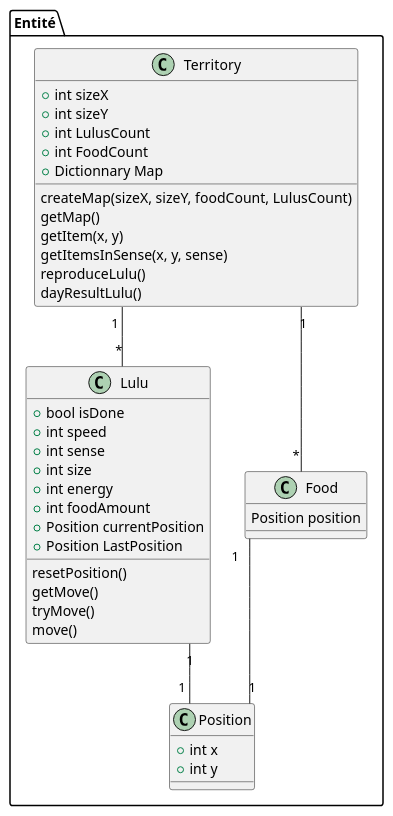
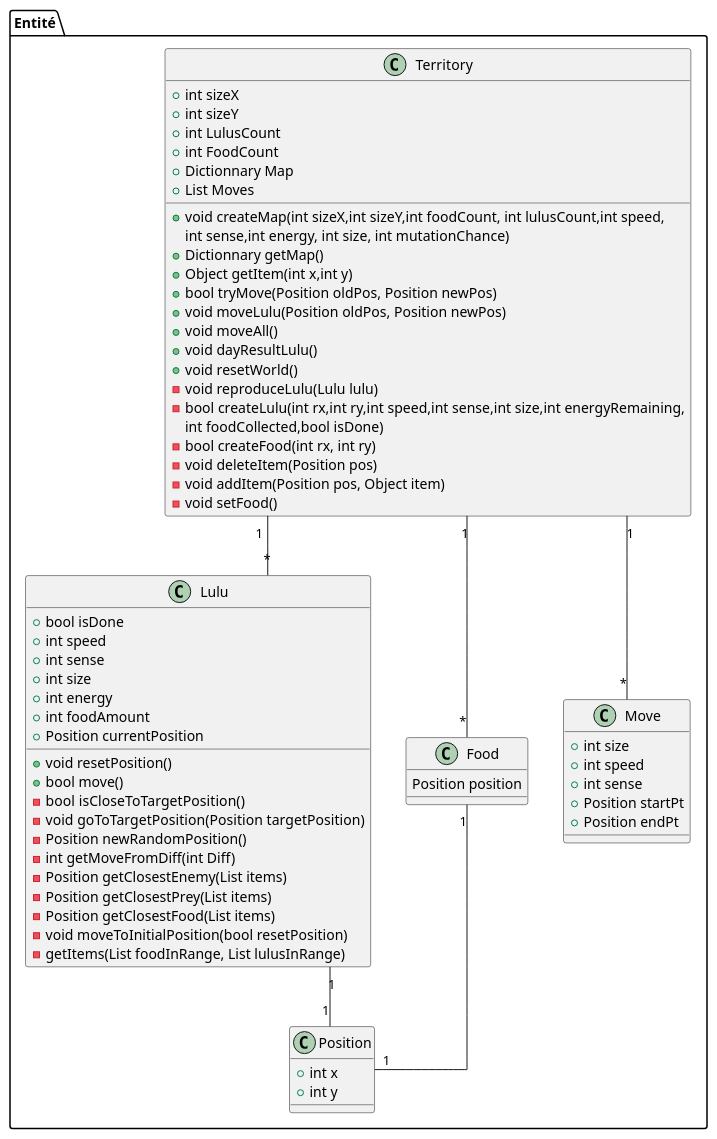
One commit to SamuelGuerin/GrandsProphetes changed the diagram in Documentation/Analyse/details.md. Above: the diagram before and after it, drawn with PlantUML. The commit also changed 2 other files, not shown here.

Commit message:
Révision de l'analyse du projet

````diff
--- a/Documentation/Analyse/details.md
+++ b/Documentation/Analyse/details.md
@@ -3,54 +3,79 @@
 ```plantuml
 @startuml
 top to bottom direction
 skinparam linetype ortho
 package Entité {
     class "Lulu" as lulu {
         + bool isDone
         + int speed
         + int sense
         + int size
         + int energy
         + int foodAmount
         + Position currentPosition
-        + Position LastPosition
 
-        resetPosition()
-        getMove()
-        tryMove()
-        move()
+        + void resetPosition()
+        + bool move()
+        - bool isCloseToTargetPosition()
+        - void goToTargetPosition(Position targetPosition)
+        - Position newRandomPosition()
+        - int getMoveFromDiff(int Diff)
+        - Position getClosestEnemy(List items)
+        - Position getClosestPrey(List items)
+        - Position getClosestFood(List items)
+        - void moveToInitialPosition(bool resetPosition)
+        - getItems(List foodInRange, List lulusInRange)
     }
 
 
     class "Food" as nourriture {
         Position position
     }
 
     class "Territory" as territoire {
         + int sizeX
         + int sizeY
         + int LulusCount
         + int FoodCount
         + Dictionnary Map
+        + List Moves
 
-        createMap(sizeX, sizeY, foodCount, LulusCount)
-        getMap()
-        getItem(x, y)
-        getItemsInSense(x, y, sense)
-        reproduceLulu()
-        dayResultLulu()
+        +void createMap(int sizeX,int sizeY,int foodCount, int lulusCount,int speed,
+        int sense,int energy, int size, int mutationChance)
+        + Dictionnary getMap()
+        + Object getItem(int x,int y)
+        + bool tryMove(Position oldPos, Position newPos)
+        + void moveLulu(Position oldPos, Position newPos)
+        + void moveAll()
+        + void dayResultLulu()
+        +void resetWorld()
+        -void reproduceLulu(Lulu lulu)
+        -bool createLulu(int rx,int ry,int speed,int sense,int size,int energyRemaining,
+        int foodCollected,bool isDone)
+        -bool createFood(int rx, int ry)
+        -void deleteItem(Position pos)
+        -void addItem(Position pos, Object item)
+        -void setFood()
+    }
+    class "Move" as move {
+        + int size
+        + int speed
+        + int sense
+        + Position startPt
+        + Position endPt
     }
 
     class "Position" as position {
         + int x
         + int y
     }
 }
 
 territoire "1" -- "*" lulu
 territoire "1" -- "*" nourriture
+territoire "1" -- "*" move
 
 lulu "1" -- "1" position
 nourriture "1" -- "1" position
 
 ```
````
